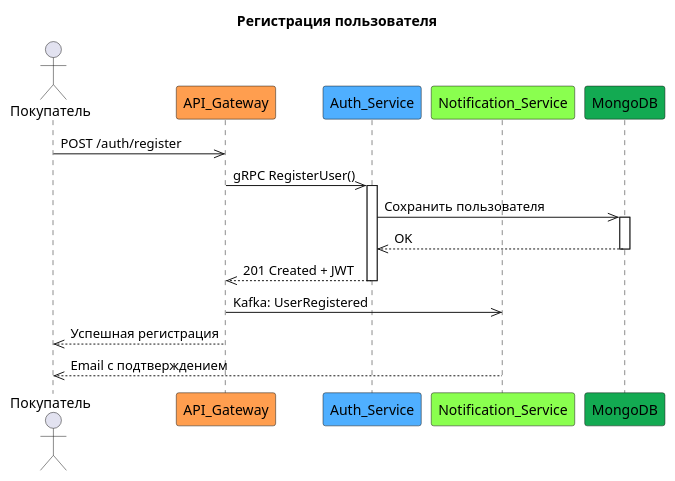
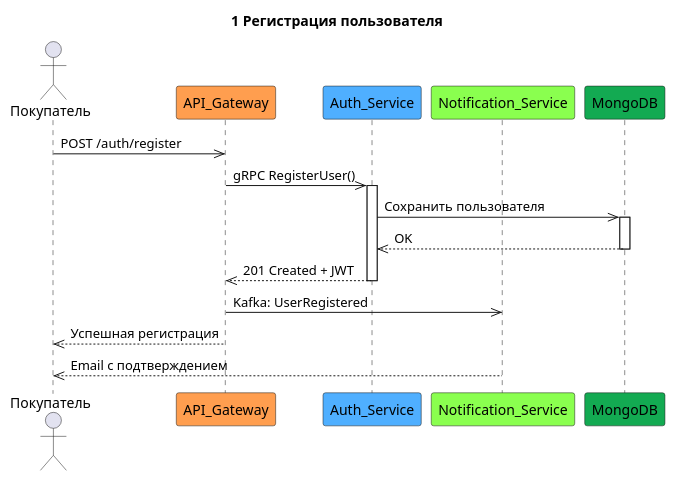
Before and after one commit to puld/otus_am_dz2: the diagram in sequence/01 Регистрация пользователя.puml, drawn with PlantUML. The commit also changed 5 other files, not shown here.

Commit message:
добавил диаграммы

```diff
--- a/sequence/01 Регистрация пользователя.puml
+++ b/sequence/01 Регистрация пользователя.puml
@@ -1,18 +1,18 @@
 @startuml Регистрация_пользователя
-title Регистрация пользователя
+title 1 Регистрация пользователя
     actor Покупатель
     participant API_Gateway #ff9e4f
     participant Auth_Service #4fafff
     participant Notification_Service #8aff4f
     participant MongoDB #13aa52
 
     Покупатель ->> API_Gateway: POST /auth/register
     API_Gateway ->> Auth_Service++: gRPC RegisterUser()
     Auth_Service ->> MongoDB++: Сохранить пользователя
     Auth_Service <<-- MongoDB--: OK
     Auth_Service -->> API_Gateway--: 201 Created + JWT
     API_Gateway ->> Notification_Service: Kafka: UserRegistered
     API_Gateway -->> Покупатель: Успешная регистрация
     Notification_Service -->> Покупатель: Email с подтверждением
     
 @enduml
```
